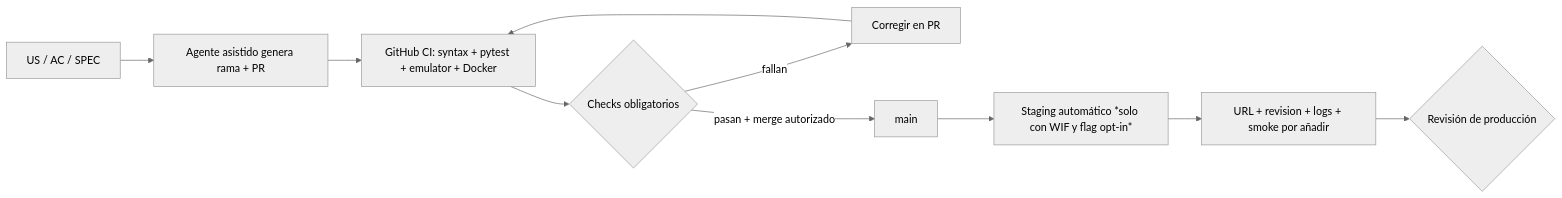
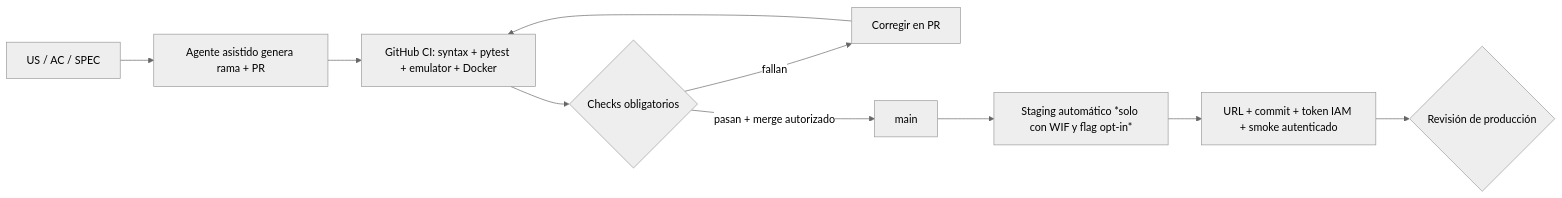
Before and after one commit to JuliusCordova/SmartRoute_AI: the diagram in docs/SDLC_FAST_LANE.md, drawn with Mermaid (neutral theme). The commit also changed other lines of this file, not shown here.

Commit message:
docs: document staging smoke gate and cloud setup constraints

````diff
--- a/docs/SDLC_FAST_LANE.md
+++ b/docs/SDLC_FAST_LANE.md
@@ -8,12 +8,12 @@
 ```mermaid
 flowchart LR
   US["US / AC / SPEC"] --> BR["Agente asistido genera rama + PR"]
   BR --> CI["GitHub CI: syntax + pytest + emulator + Docker"]
   CI --> DEC{"Checks obligatorios"}
   DEC -->|fallan| FIX["Corregir en PR"]
   FIX --> CI
   DEC -->|pasan + merge autorizado| MAIN["main"]
   MAIN --> STG["Staging automático *solo con WIF y flag opt-in*"]
-  STG --> EVID["URL + revision + logs + smoke por añadir"]
+  STG --> EVID["URL + commit + token IAM + smoke autenticado"]
   EVID --> PROD{"Revisión de producción"}
 ```
````
